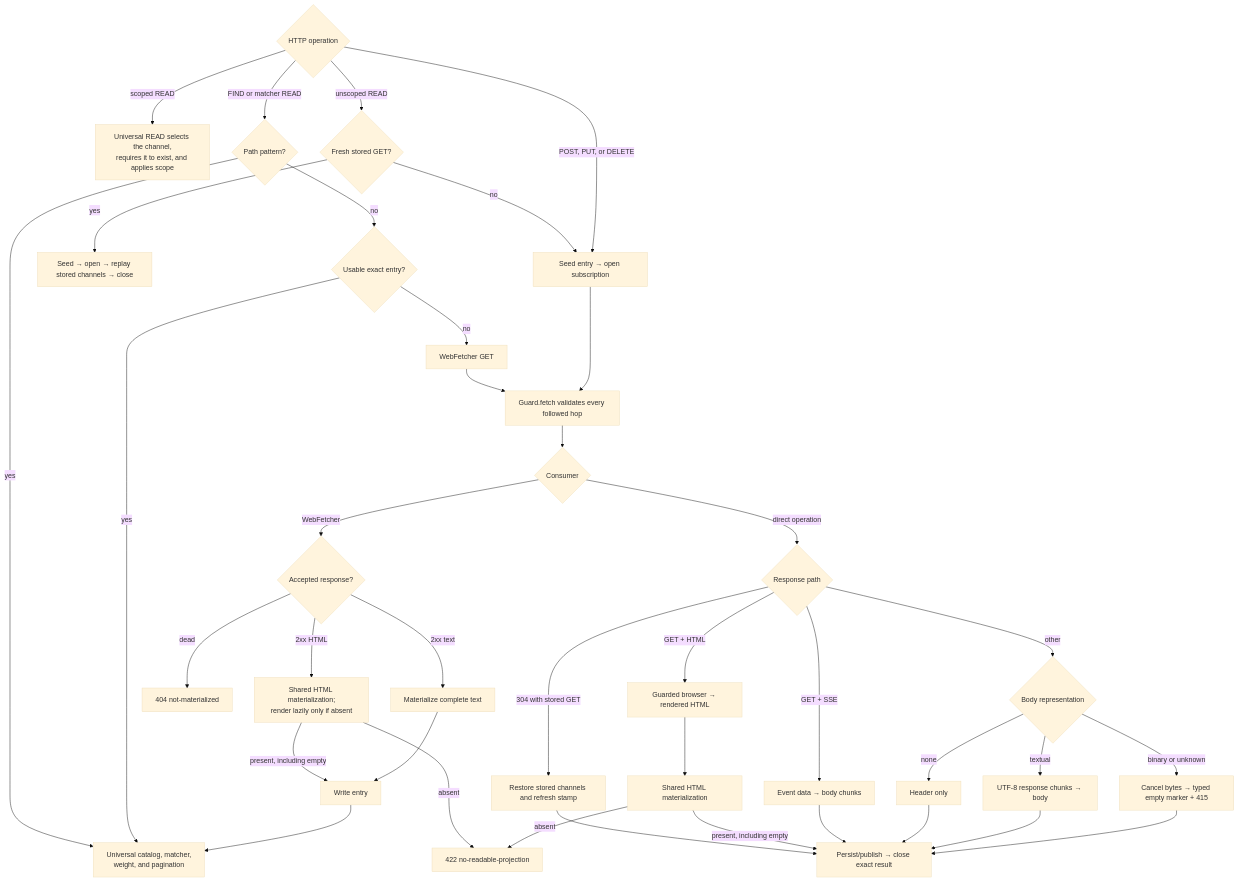
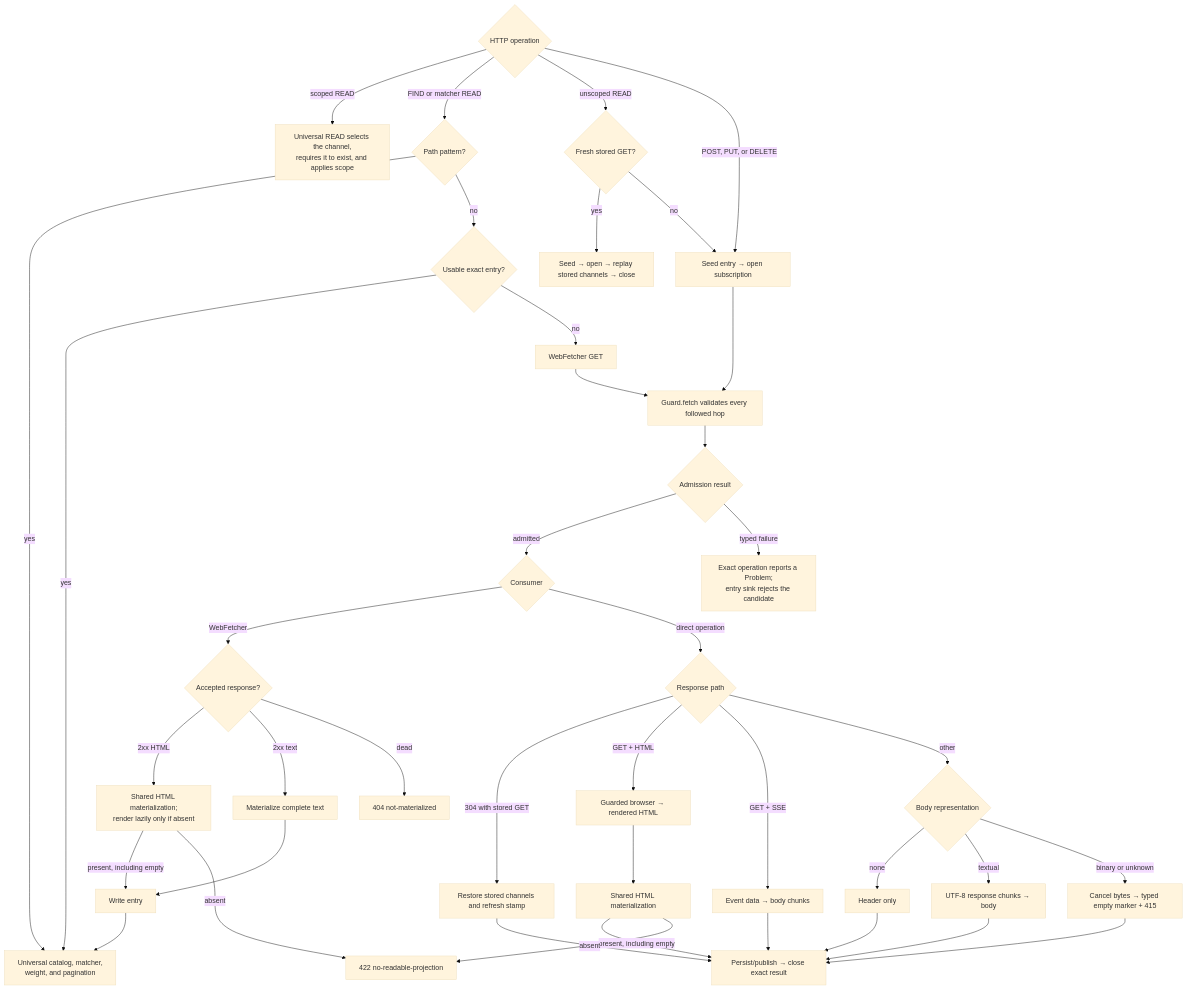
Before and after one commit to plurnk/plurnk-service: the first of 2 diagrams in plurnk-schemes-http/SPEC.md, drawn with Mermaid (base theme). The commit also changed other lines of this file and 19 other files, not shown here.

Commit message:
fix(http): preserve typed admission failures (#118)

````diff
--- a/plurnk-schemes-http/SPEC.md
+++ b/plurnk-schemes-http/SPEC.md
@@ -62,47 +62,49 @@
 ```mermaid
 flowchart TD
     op{"HTTP operation"}
 
     op -->|scoped READ| selected["Universal READ selects the channel,<br/>requires it to exist, and applies scope"]
 
     op -->|FIND or matcher READ| pattern{"Path pattern?"}
     pattern -->|yes| query["Universal catalog, matcher,<br/>weight, and pagination"]
     pattern -->|no| usable{"Usable exact entry?"}
     usable -->|yes| query
     usable -->|no| prefetch["WebFetcher GET"]
 
     op -->|unscoped READ| fresh{"Fresh stored GET?"}
     fresh -->|yes| replay["Seed → open → replay stored channels → close"]
     fresh -->|no| stream["Seed entry → open subscription"]
     op -->|POST, PUT, or DELETE| stream
 
     prefetch --> guard["Guard.fetch validates every followed hop"]
     stream --> guard
-    guard --> owner{"Consumer"}
+    guard --> admission{"Admission result"}
+    admission -->|admitted| owner{"Consumer"}
+    admission -->|typed failure| admissionFailure["Exact operation reports a Problem;<br/>entry sink rejects the candidate"]
 
     owner -->|WebFetcher| prefetchType{"Accepted response?"}
     prefetchType -->|2xx HTML| prefetchHtml["Shared HTML materialization;<br/>render lazily only if absent"]
     prefetchType -->|2xx text| prefetchText["Materialize complete text"]
     prefetchType -->|dead| dead["404 not-materialized"]
     prefetchHtml -->|present, including empty| materialize["Write entry"]
     prefetchHtml -->|absent| noProjection["422 no-readable-projection"]
     prefetchText --> materialize
     materialize --> query
 
     owner -->|direct operation| response{"Response path"}
     response -->|304 with stored GET| restore["Restore stored channels and refresh stamp"]
     response -->|GET + HTML| render["Guarded browser → rendered HTML"]
     response -->|GET + SSE| events["Event data → body chunks"]
     response -->|other| representation{"Body representation"}
     representation -->|none| empty["Header only"]
     representation -->|textual| text["UTF-8 response chunks → body"]
     representation -->|binary or unknown| binary["Cancel bytes → typed empty marker + 415"]
     restore --> close["Persist/publish → close exact result"]
     render --> directHtml["Shared HTML materialization"]
     directHtml -->|present, including empty| close
     directHtml -->|absent| noProjection
     events --> close
     empty --> close
     text --> close
     binary --> close
 ```
````
